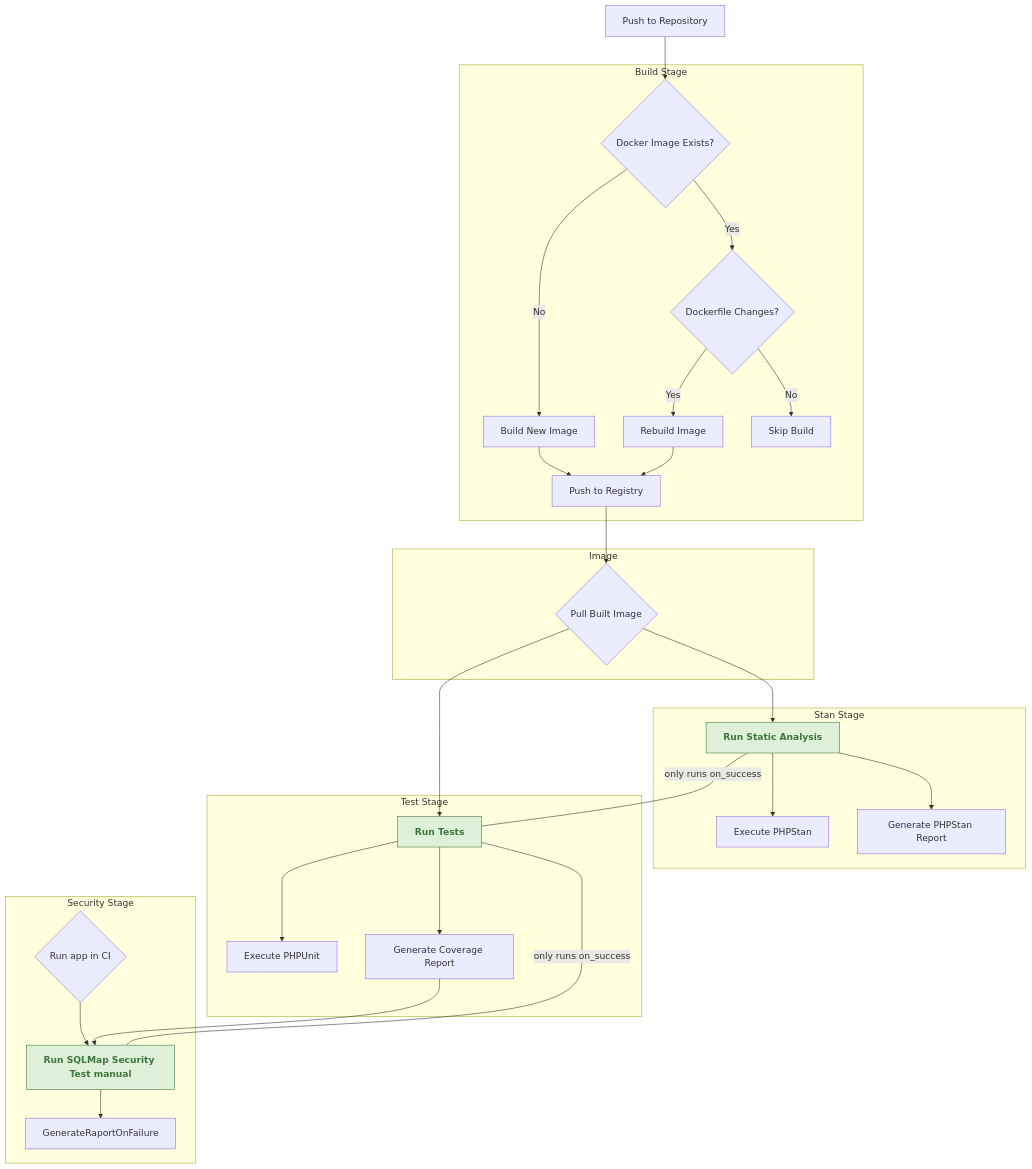
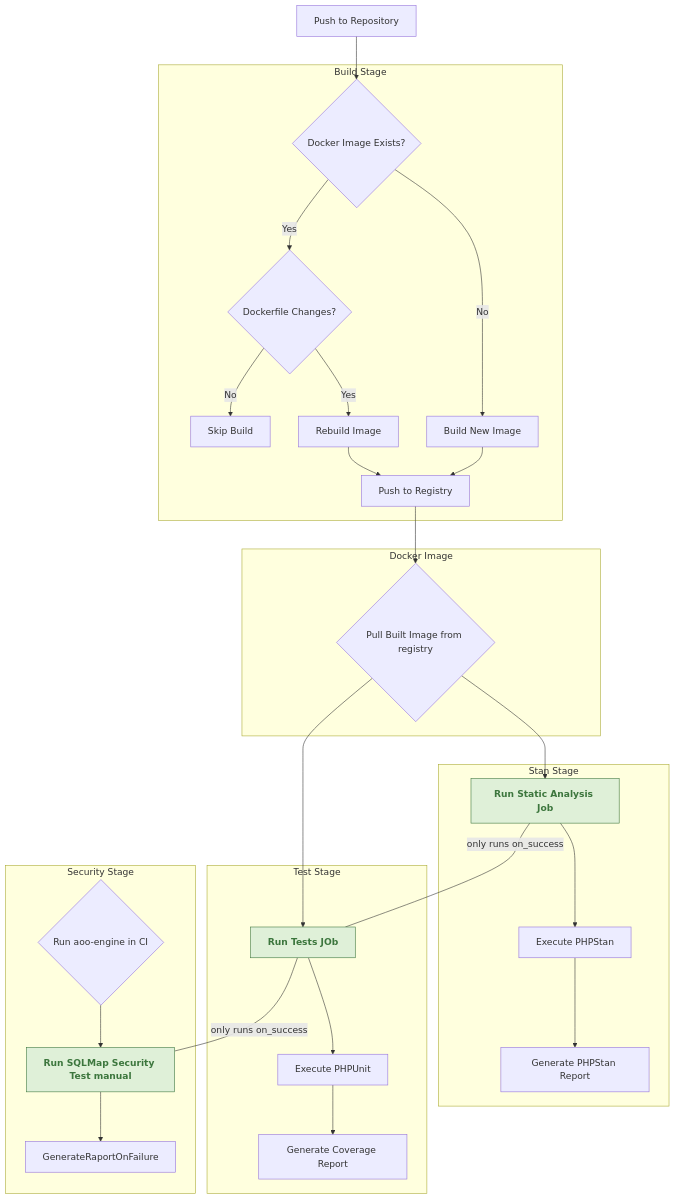
The diagram in gitlab-ci/README.md (Age-Of-Olympia/aoo-engine), drawn with Mermaid before and after one commit.

Commit message:
Update Pipeline diagram Workflow

````diff
--- a/gitlab-ci/README.md
+++ b/gitlab-ci/README.md
@@ -144,50 +144,49 @@
 ```mermaid
 graph TD
     Start[Push to Repository] --> CheckImage{Docker Image Exists?}
 
     %% Build Stage
     subgraph "Build Stage"
         CheckImage -->|No| BuildNew[Build New Image]
         CheckImage -->|Yes| CheckChanges{Dockerfile Changes?}
         CheckChanges -->|Yes| RebuildImage[Rebuild Image]
         CheckChanges -->|No| SkipBuild[Skip Build]
         
         BuildNew --> PushRegistry[Push to Registry]
         RebuildImage --> PushRegistry
     end
 
     %% Image Distribution (Shared)
-    subgraph "Image"
-        PushRegistry --> UseImage{Pull Built Image}
+    subgraph "Docker Image"
+        PushRegistry --> UseImage{Pull Built Image from registry}
     end
 
     %% Stan Stage
     subgraph "Stan Stage"
-        UseImage --> StanJob[Run Static Analysis]
+        UseImage --> StanJob[Run Static Analysis Job]
         StanJob --> RunPHPStan[Execute PHPStan]
-        StanJob --> GenerateStanReport[Generate PHPStan Report]
+        RunPHPStan --> GenerateStanReport[Generate PHPStan Report]
     end
 
     %% Test Stage
     subgraph "Test Stage"
-        UseImage --> TestJob[Run Tests]
+        UseImage --> TestJob[Run Tests JOb]
         TestJob --> RunPHPUnit[Execute PHPUnit]
-        TestJob --> GenerateCoverage[Generate Coverage Report]
+        RunPHPUnit --> GenerateCoverage[Generate Coverage Report]
     end
 
     %% Security Stage (manual)
     subgraph "Security Stage"
-        UseApp{Run app in CI}
+        UseApp{Run aoo-engine in CI}
         UseApp --> SecurityTest[Run SQLMap Security Test manual]
-        GenerateCoverage --> SecurityTest
         SecurityTest --> GenerateRaportOnFailure
     end
 
     %% Annotations for when:on_success
     classDef onSuccess fill:#dff0d8,stroke:#3c763d,color:#3c763d,font-weight:bold;
     class StanJob,TestJob,SecurityTest onSuccess;
 
     StanJob ---|only runs on_success| TestJob
     TestJob ---|only runs on_success| SecurityTest
 
 ```
````
